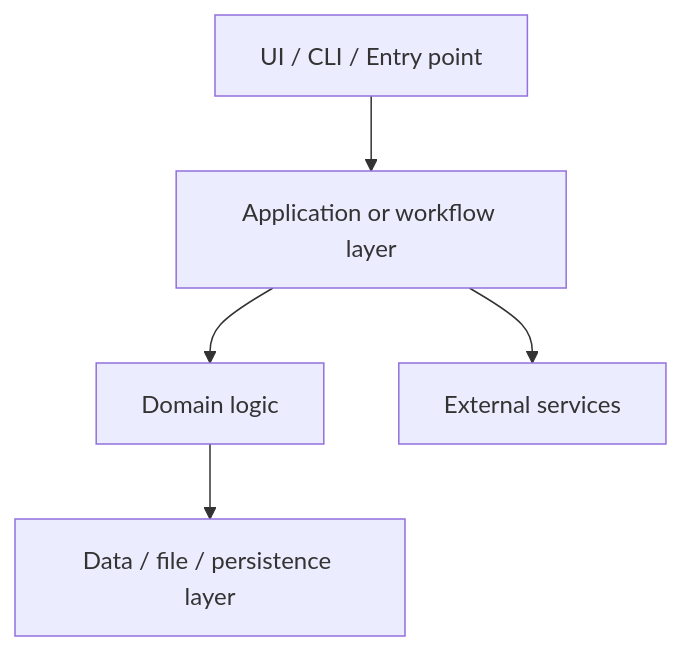
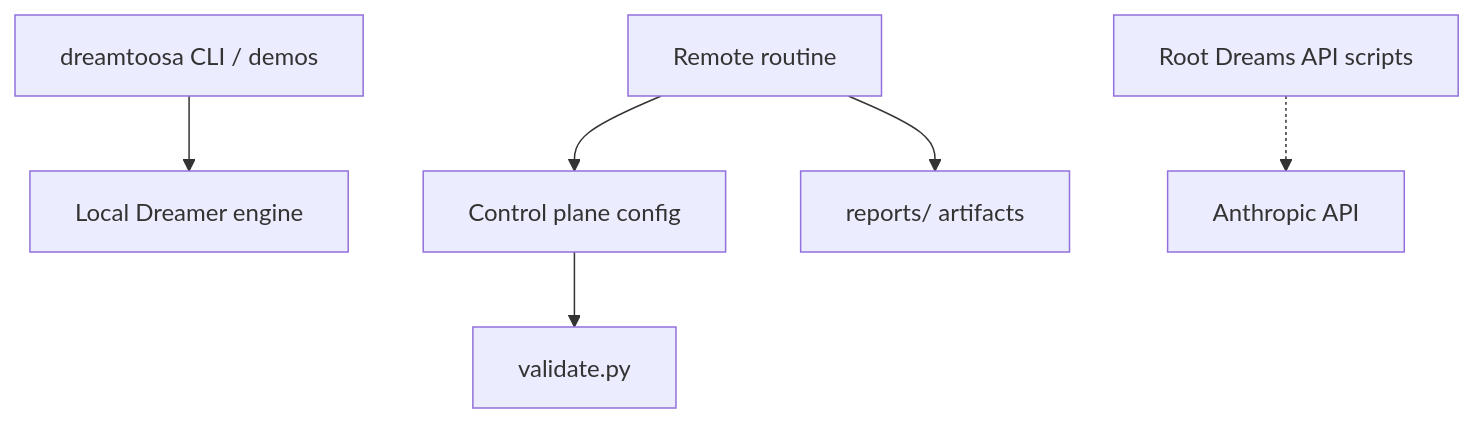
One commit to sky2464/DreamToosa changed the second of 3 diagrams in Docs/Master-Architecture.md. Above: the diagram before and after it, drawn with Mermaid. The commit also changed other lines of this file and 16 other files, not shown here.

````diff
--- a/Docs/Master-Architecture.md
+++ b/Docs/Master-Architecture.md
@@ -46,13 +48,15 @@
 ```mermaid
 flowchart TB
-  UI[UI / CLI / Entry point]
-  App[Application or workflow layer]
-  Domain[Domain logic]
-  Data[Data / file / persistence layer]
-  External[External services]
+  CLI[dreamtoosa CLI / demos]
+  CP[Control plane config]
+  Validator[validate.py]
+  Dreamer[Local Dreamer engine]
+  Reports[reports/ artifacts]
+  Examples[Root Dreams API scripts]
 
-  UI --> App
-  App --> Domain
-  Domain --> Data
-  App --> External
+  CLI --> Dreamer
+  CP --> Validator
+  CloudAgent[Remote routine] --> CP
+  CloudAgent --> Reports
+  Examples -.-> Anthropic[Anthropic API]
 ```
````
